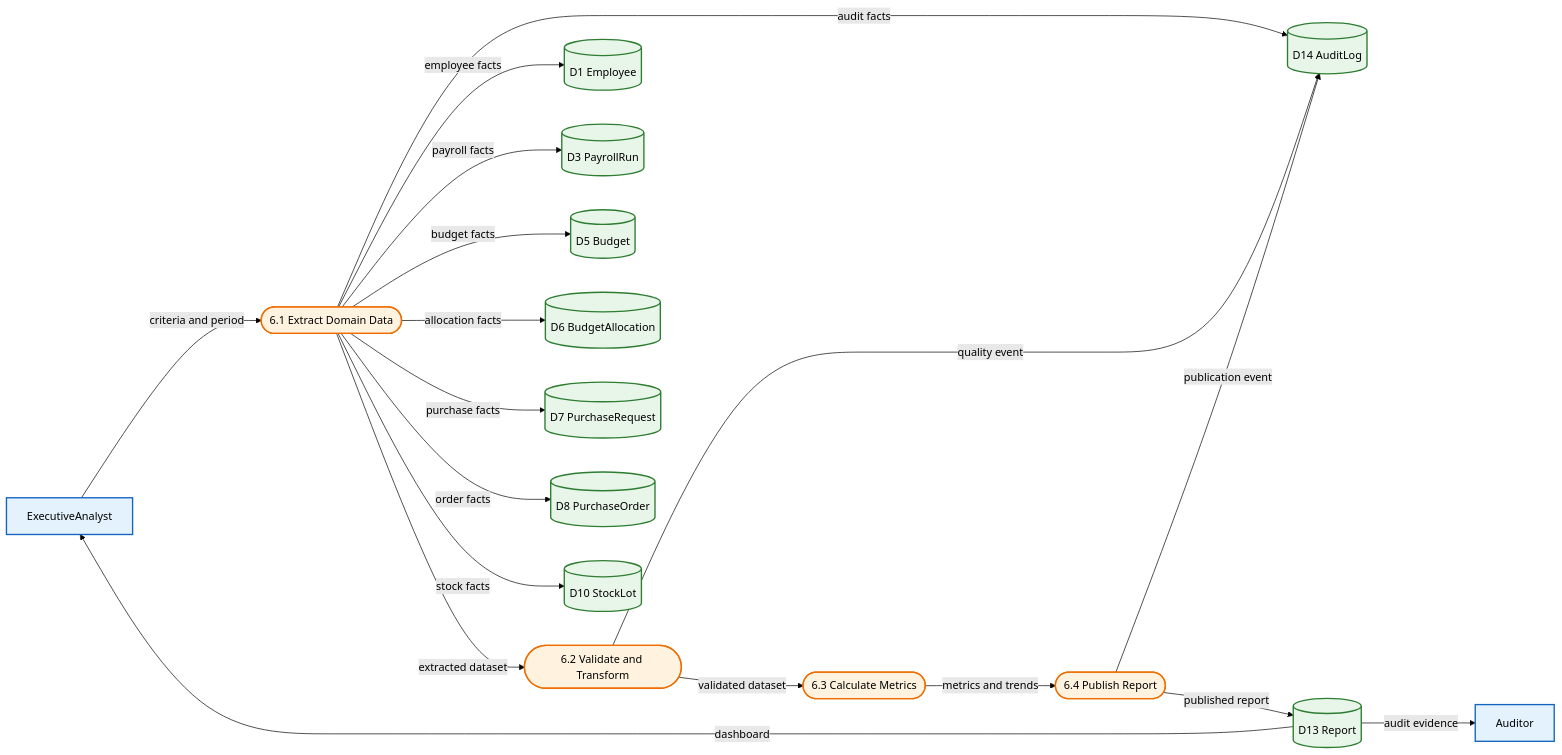
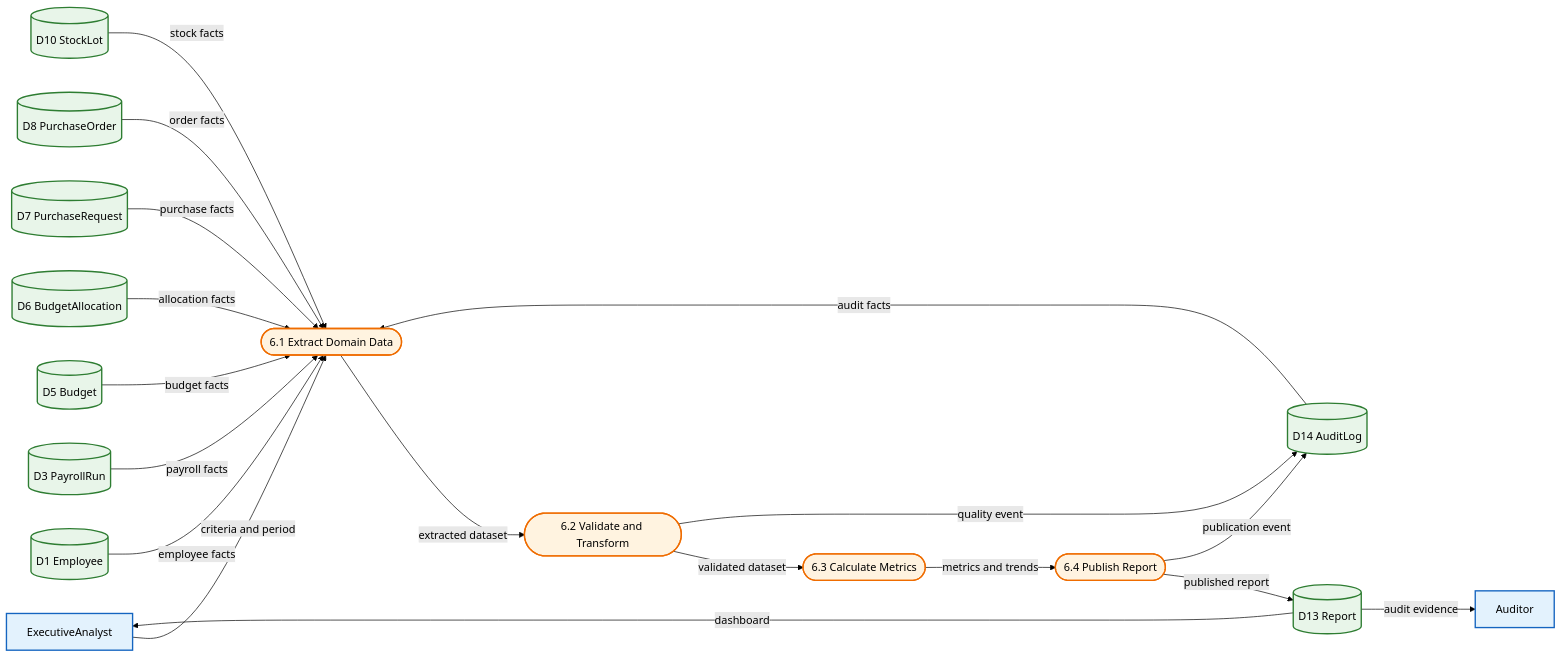
Before and after one commit to Shakour-Data/BedaanWaves: the eighth of 11 diagrams in docs/02_architecture/ARCH_integrated-hr-finance-procurement-dfd_v1.md, drawn with Mermaid (forest theme). The commit also changed other lines of this file and 62 other files, not shown here.

Commit message:
Add security routes, privacy, audit, observability, data lineage, K8s configs, monitoring, and update API/frontend/tests/docs

````diff
--- a/docs/02_architecture/ARCH_integrated-hr-finance-procurement-dfd_v1.md
+++ b/docs/02_architecture/ARCH_integrated-hr-finance-procurement-dfd_v1.md
@@ -385,40 +398,40 @@
 ```mermaid
 flowchart LR
-    classDef entity fill:#E3F2FD,stroke:#1565C0,stroke-width:2px,color:#000;
-    classDef process fill:#FFF3E0,stroke:#EF6C00,stroke-width:2px,color:#000;
-    classDef store fill:#E8F5E9,stroke:#2E7D32,stroke-width:2px,color:#000;
+classDef entity fill:#E3F2FD,stroke:#1565C0,stroke-width:2px,color:#000;
+classDef process fill:#FFF3E0,stroke:#EF6C00,stroke-width:2px,color:#000;
+classDef store fill:#E8F5E9,stroke:#2E7D32,stroke-width:2px,color:#000;
 
-    EXEC[ExecutiveAnalyst]:::entity
-    AUD[Auditor]:::entity
-    P61([6.1 Extract Domain Data]):::process
-    P62([6.2 Validate and Transform]):::process
-    P63([6.3 Calculate Metrics]):::process
-    P64([6.4 Publish Report]):::process
-    D1[(D1 Employee)]:::store
-    D3[(D3 PayrollRun)]:::store
-    D5[(D5 Budget)]:::store
-    D6[(D6 BudgetAllocation)]:::store
-    D7[(D7 PurchaseRequest)]:::store
-    D8[(D8 PurchaseOrder)]:::store
-    D10[(D10 StockLot)]:::store
-    D14[(D14 AuditLog)]:::store
-    D13[(D13 Report)]:::store
+EXEC[ExecutiveAnalyst]:::entity
+AUD[Auditor]:::entity
+P61([6.1 Extract Domain Data]):::process
+P62([6.2 Validate and Transform]):::process
+P63([6.3 Calculate Metrics]):::process
+P64([6.4 Publish Report]):::process
+D1[(D1 Employee)]:::store
+D3[(D3 PayrollRun)]:::store
+D5[(D5 Budget)]:::store
+D6[(D6 BudgetAllocation)]:::store
+D7[(D7 PurchaseRequest)]:::store
+D8[(D8 PurchaseOrder)]:::store
+D10[(D10 StockLot)]:::store
+D14[(D14 AuditLog)]:::store
+D13[(D13 Report)]:::store
 
     EXEC -->|criteria and period| P61
-    P61 -->|employee facts| D1
-    P61 -->|payroll facts| D3
-    P61 -->|budget facts| D5
-    P61 -->|allocation facts| D6
-    P61 -->|purchase facts| D7
-    P61 -->|order facts| D8
-    P61 -->|stock facts| D10
-    P61 -->|audit facts| D14
+    D1 -->|employee facts| P61
+    D3 -->|payroll facts| P61
+    D5 -->|budget facts| P61
+    D6 -->|allocation facts| P61
+    D7 -->|purchase facts| P61
+    D8 -->|order facts| P61
+    D10 -->|stock facts| P61
+    D14 -->|audit facts| P61
     P61 -->|extracted dataset| P62
-    P62 -->|validated dataset| P63
-    P63 -->|metrics and trends| P64
-    P64 -->|published report| D13
-    D13 -->|dashboard| EXEC
-    D13 -->|audit evidence| AUD
-    P62 -->|quality event| D14
-    P64 -->|publication event| D14
+P62 -->|validated dataset| P63
+P63 -->|metrics and trends| P64
+P64 -->|published report| D13
+D13 -->|dashboard| EXEC
+D13 -->|audit evidence| AUD
+P62 -->|quality event| D14
+P64 -->|publication event| D14
 ```
````
